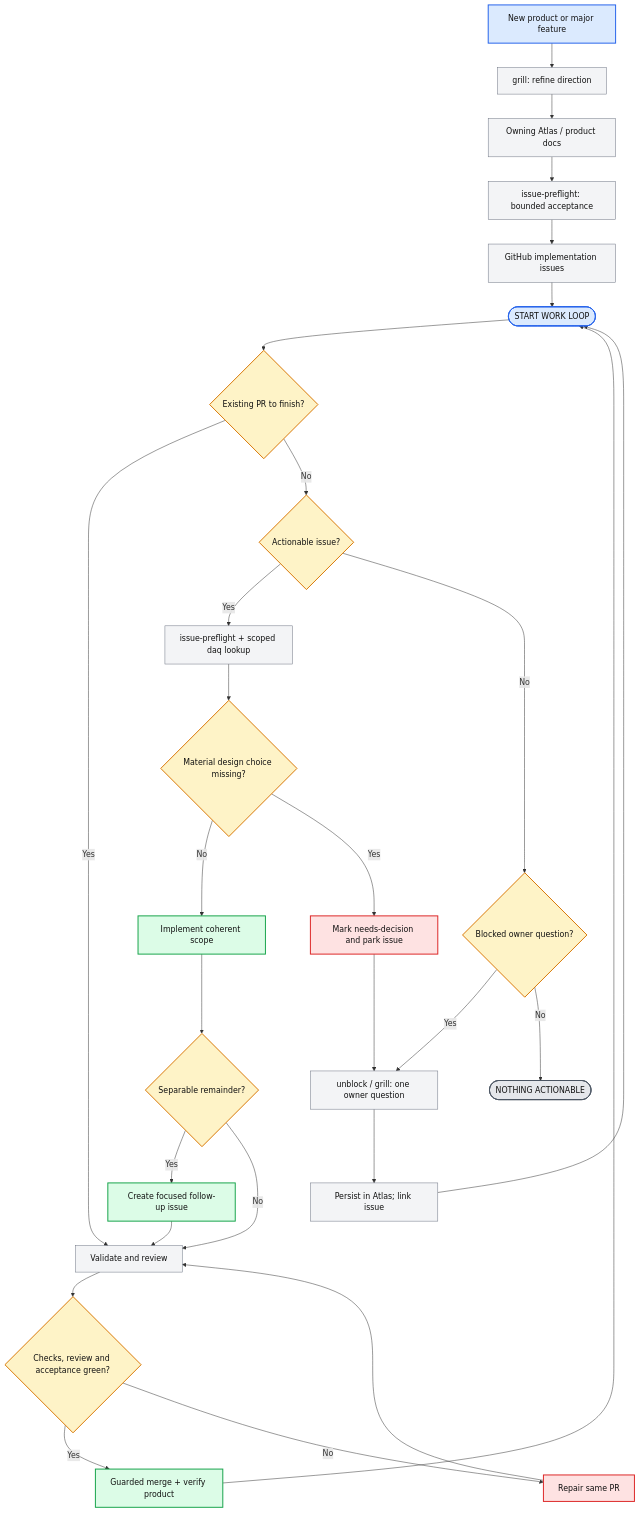
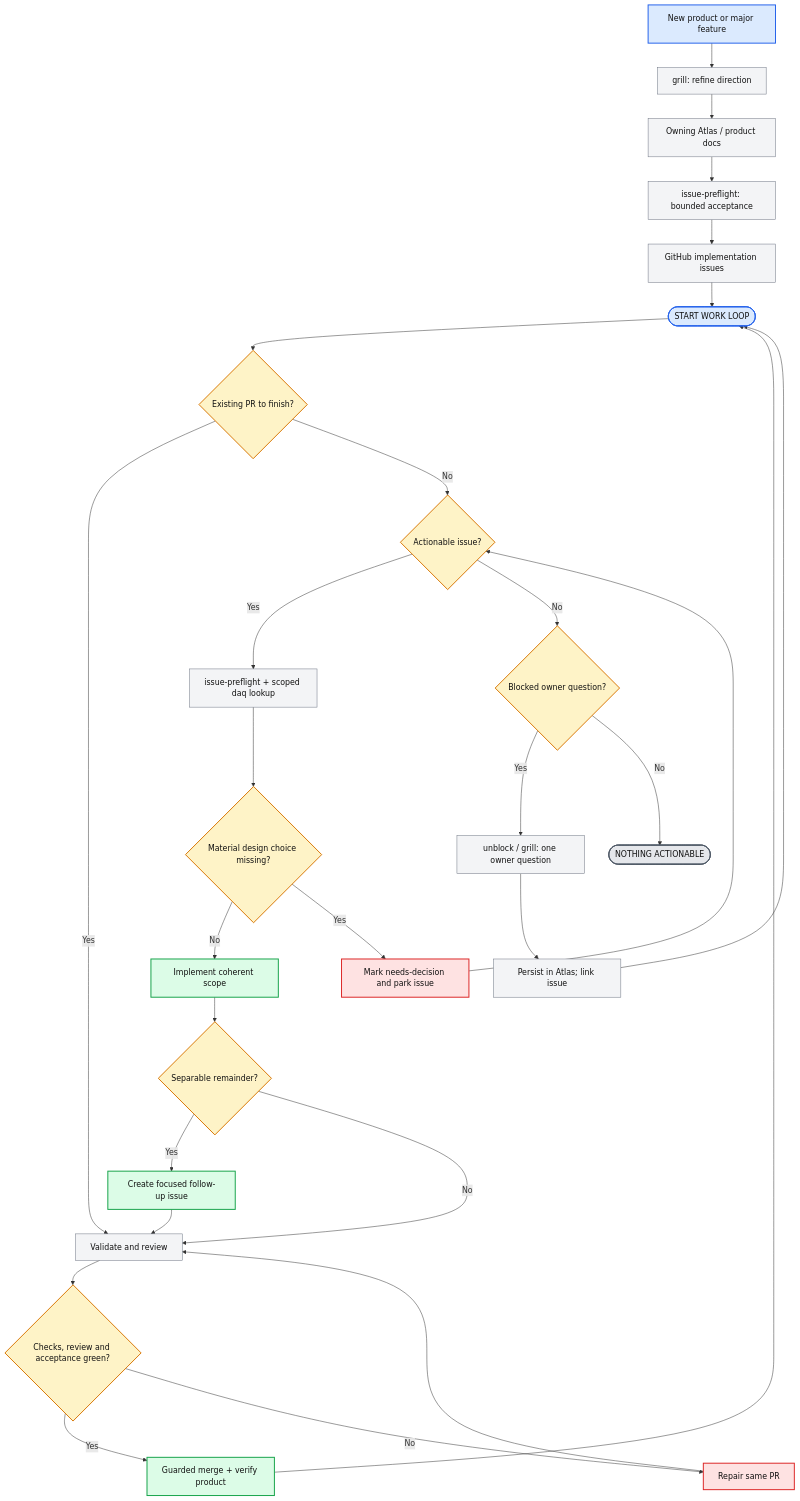
One commit to moritzbrantner/dotfiles changed the diagram in README.md. Above: the diagram before and after it, drawn with Mermaid.

Commit message:
docs: continue actionable work before unblocking owner Questions

````diff
--- a/README.md
+++ b/README.md
@@ -60,39 +60,39 @@
 ```mermaid
 flowchart TD
     IDEA[New product or major feature]:::start --> GRILL[grill: refine direction]:::action
     GRILL --> ATLAS[Owning Atlas / product docs]:::action
     ATLAS --> PREFLIGHT[issue-preflight: bounded acceptance]:::action
     PREFLIGHT --> ISSUES[GitHub implementation issues]:::action
     ISSUES --> START([START WORK LOOP]):::start
 
     START --> EXISTING{Existing PR to finish?}:::question
     EXISTING -->|Yes| VERIFY[Validate and review]:::action
     EXISTING -->|No| ISSUE{Actionable issue?}:::question
     ISSUE -->|Yes| INTENT[issue-preflight + scoped daq lookup]:::action
     INTENT --> GAP{Material design choice missing?}:::question
     GAP -->|No| IMPLEMENT[Implement coherent scope]:::yes
     GAP -->|Yes| BLOCK[Mark needs-decision and park issue]:::no
-    BLOCK --> ASK[unblock / grill: one owner question]:::action
+    BLOCK --> ISSUE
+    DECISION -->|Yes| ASK[unblock / grill: one owner question]:::action
     ISSUE -->|No| DECISION{Blocked owner question?}:::question
-    DECISION -->|Yes| ASK
     DECISION -->|No| DONE([NOTHING ACTIONABLE]):::stop
     ASK --> RECORD[Persist in Atlas; link issue]:::action
     RECORD --> START
 
     IMPLEMENT --> EXTRA{Separable remainder?}:::question
     EXTRA -->|Yes| FOLLOWUP[Create focused follow-up issue]:::yes
     EXTRA -->|No| VERIFY
     FOLLOWUP --> VERIFY
     VERIFY --> PASS{Checks, review and acceptance green?}:::question
     PASS -->|Yes| MERGE[Guarded merge + verify product]:::yes
     PASS -->|No| FIX[Repair same PR]:::no
     FIX --> VERIFY
     MERGE --> START
 
     classDef start fill:#dbeafe,stroke:#2563eb,stroke-width:2px,color:#111;
     classDef stop fill:#e5e7eb,stroke:#4b5563,stroke-width:2px,color:#111;
     classDef question fill:#fef3c7,stroke:#d97706,stroke-width:2px,color:#111;
     classDef yes fill:#dcfce7,stroke:#16a34a,stroke-width:2px,color:#111;
     classDef no fill:#fee2e2,stroke:#dc2626,stroke-width:2px,color:#111;
     classDef action fill:#f3f4f6,stroke:#6b7280,stroke-width:1px,color:#111;
 ```
````
